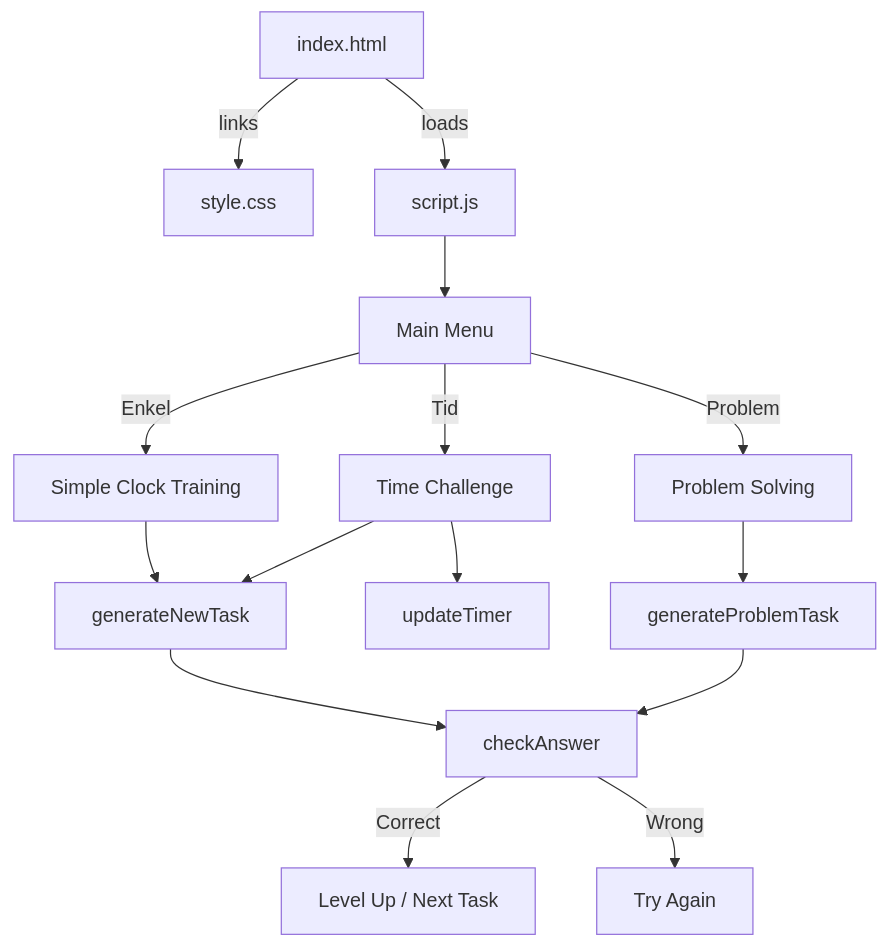
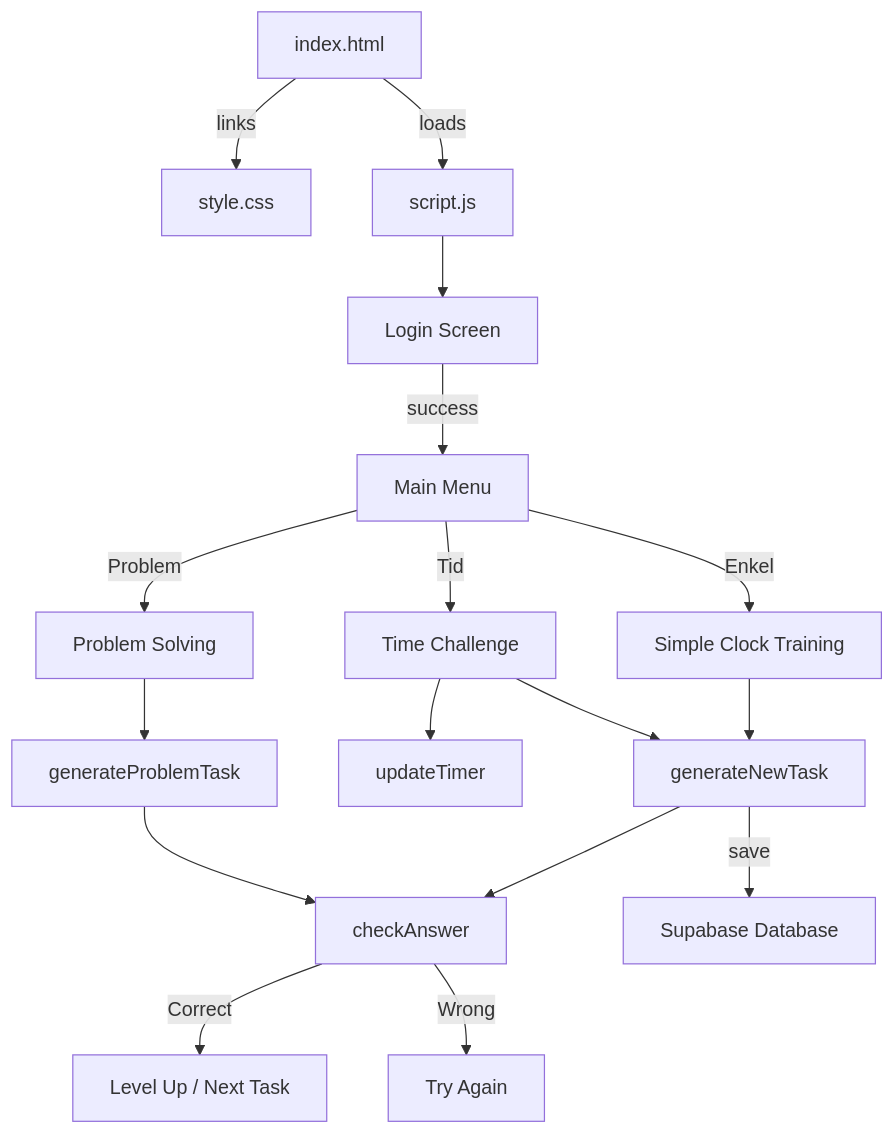
One commit to eliasrens/klockan changed the first of 2 diagrams in AGENTS.md. Above: the diagram before and after it, drawn with Mermaid. The commit also changed other lines of this file and 3 other files, not shown here.

````diff
--- a/AGENTS.md
+++ b/AGENTS.md
@@ -35,17 +35,19 @@
 ```mermaid
 flowchart TD
     A[index.html] -->|links| B[style.css]
     A -->|loads| C[script.js]
-    C --> D[Main Menu]
-    D -->|Enkel| E[Simple Clock Training]
-    D -->|Tid| F[Time Challenge]
-    D -->|Problem| G[Problem Solving]
-    E --> H[generateNewTask]
-    F --> H
-    F --> I[updateTimer]
-    G --> J[generateProblemTask]
-    H --> K[checkAnswer]
-    J --> K
-    K -->|Correct| L[Level Up / Next Task]
-    K -->|Wrong| M[Try Again]
+    C --> D[Login Screen]
+    D -->|success| E[Main Menu]
+    E -->|Enkel| F[Simple Clock Training]
+    E -->|Tid| G[Time Challenge]
+    E -->|Problem| H[Problem Solving]
+    F --> I[generateNewTask]
+    G --> I
+    G --> J[updateTimer]
+    H --> K[generateProblemTask]
+    I --> L[checkAnswer]
+    K --> L
+    L -->|Correct| M[Level Up / Next Task]
+    L -->|Wrong| N[Try Again]
+    I -->|save| O[Supabase Database]
 ```
````
